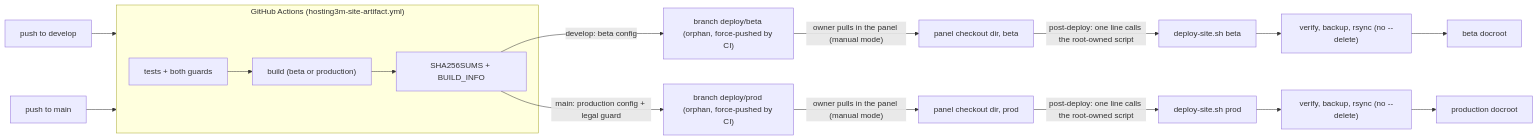
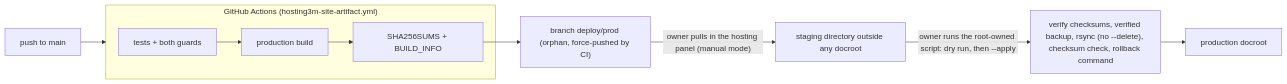
Before and after one commit to fjpimienta/n8n-enterprise-automation-suite: the diagram in hosting3m-workspace/projects/hosting3m-site/docs/deploy/README.md, drawn with Mermaid. The commit also changed other lines of this file and 5 other files, not shown here.

First line of the commit message:
docs: describe the production-only flow

````diff
--- a/hosting3m-workspace/projects/hosting3m-site/docs/deploy/README.md
+++ b/hosting3m-workspace/projects/hosting3m-site/docs/deploy/README.md
@@ -17,16 +18,11 @@
 ```mermaid
 flowchart LR
-  D["push to develop"] --> CI
   M["push to main"] --> CI
   subgraph CI["GitHub Actions (hosting3m-site-artifact.yml)"]
-    T["tests + both guards"] --> B["build (beta or production)"] --> P["SHA256SUMS + BUILD_INFO"]
+    T["tests + both guards"] --> B["production build"] --> P["SHA256SUMS + BUILD_INFO"]
   end
-  P -->|"develop: beta config"| XB["branch deploy/beta (orphan, force-pushed by CI)"]
-  P -->|"main: production config + legal guard"| XP["branch deploy/prod (orphan, force-pushed by CI)"]
-  XB -->|"owner pulls in the panel (manual mode)"| SB["panel checkout dir, beta"]
-  XP -->|"owner pulls in the panel (manual mode)"| SP["panel checkout dir, prod"]
-  SB -->|"post-deploy: one line calls the root-owned script"| S1["deploy-site.sh beta"]
-  SP -->|"post-deploy: one line calls the root-owned script"| S2["deploy-site.sh prod"]
-  S1 --> R1["verify, backup, rsync (no --delete)"] --> DB["beta docroot"]
-  S2 --> R2["verify, backup, rsync (no --delete)"] --> DP["production docroot"]
+  P --> X["branch deploy/prod (orphan, force-pushed by CI)"]
+  X -->|"owner pulls in the hosting panel (manual mode)"| S["staging directory outside any docroot"]
+  S -->|"owner runs the root-owned script: dry run, then --apply"| R["verify checksums, verified backup, rsync (no --delete), checksum check, rollback command"]
+  R --> D["production docroot"]
 ```
````
